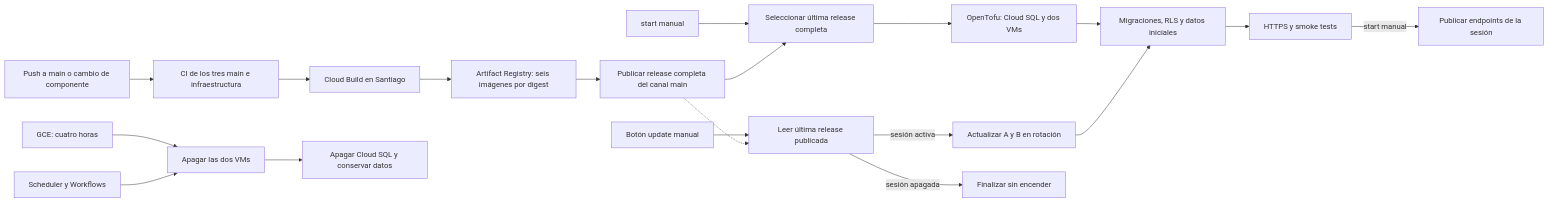
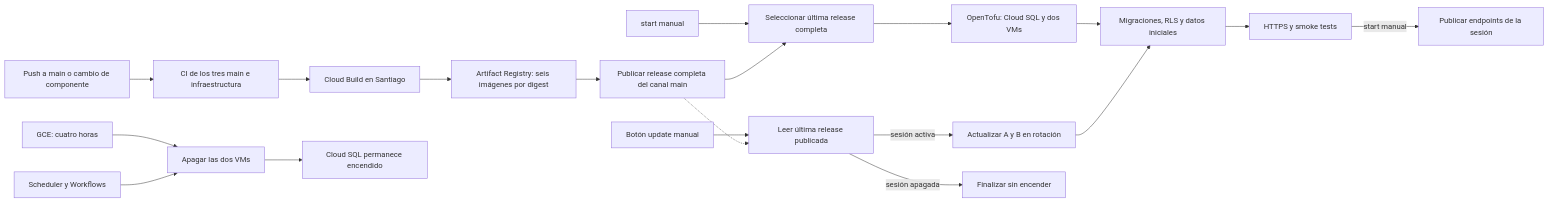
The diagram in infra/gcp/README.md (NexoRuta/NexoRuta), drawn with Mermaid before and after one commit. The commit also changed other lines of this file and 9 other files, not shown here.

````diff
--- a/infra/gcp/README.md
+++ b/infra/gcp/README.md
@@ -53,21 +53,21 @@
 ```mermaid
 flowchart LR
     A[Push a main o cambio de componente] --> B[CI de los tres main e infraestructura]
     B --> C[Cloud Build en Santiago]
     C --> D[Artifact Registry: seis imágenes por digest]
     D --> E[Publicar release completa del canal main]
     S[start manual] --> P[Seleccionar última release completa]
     E --> P
     P --> F[OpenTofu: Cloud SQL y dos VMs]
     U[Botón update manual] --> V[Leer última release publicada]
     E -.-> V
     V -->|sesión activa| G[Actualizar A y B en rotación]
     V -->|sesión apagada| O[Finalizar sin encender]
     F --> H[Migraciones, RLS y datos iniciales]
     G --> H
     H --> I[HTTPS y smoke tests]
     I -->|start manual| Q[Publicar endpoints de la sesión]
     K[GCE: cuatro horas] --> L[Apagar las dos VMs]
     M[Scheduler y Workflows] --> L
-    L --> N[Apagar Cloud SQL y conservar datos]
+    L --> N[Cloud SQL permanece encendido]
 ```
````
